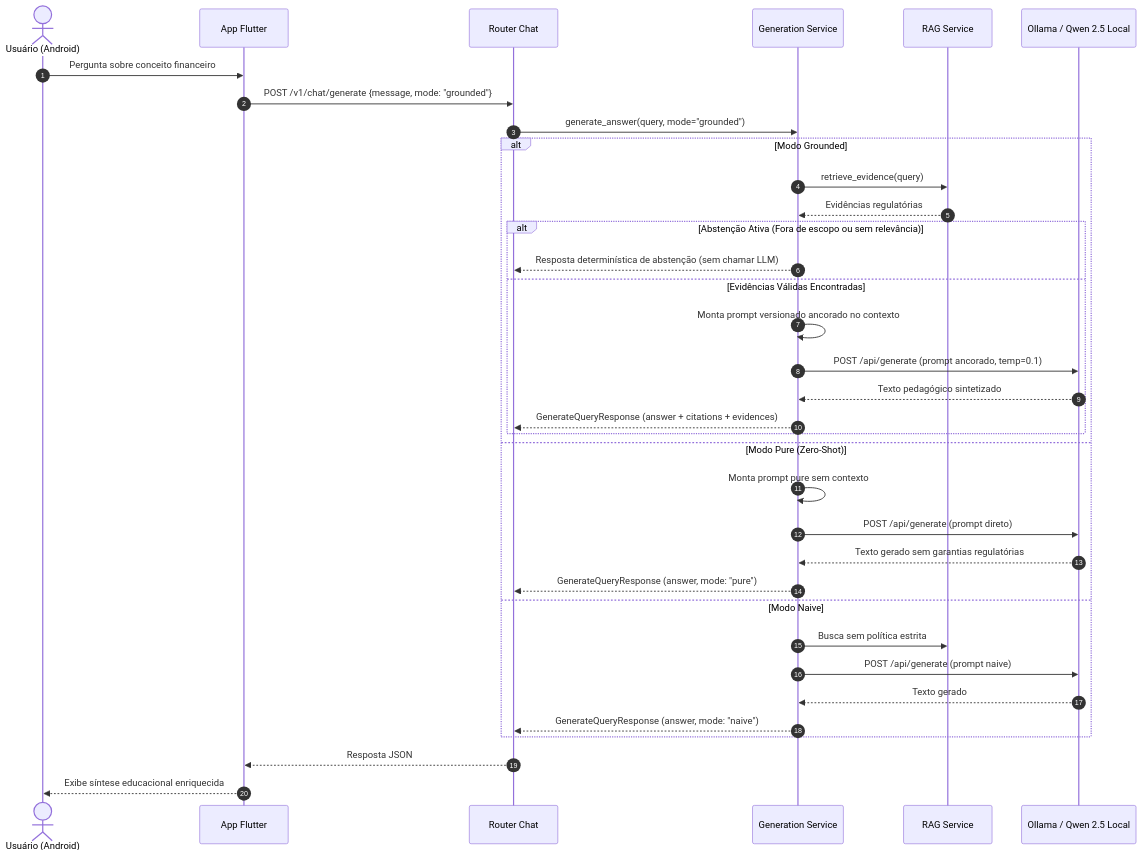
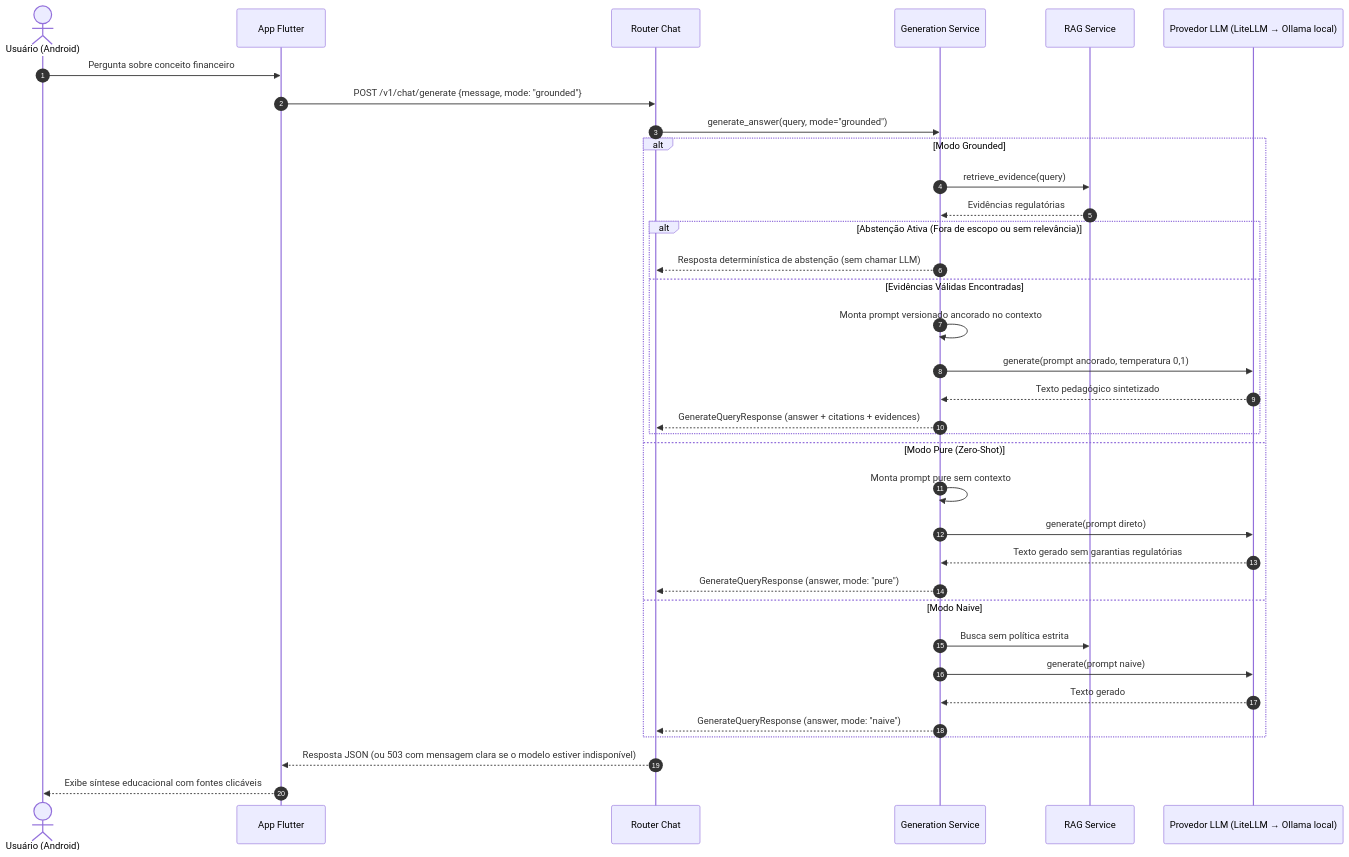
The fourth of 5 diagrams in docs/arquitetura/mapa-do-sistema.md (moonshinerd/trokim), drawn with Mermaid before and after one commit. The commit also changed other lines of this file and 10 other files, not shown here.

````diff
--- a/docs/arquitetura/mapa-do-sistema.md
+++ b/docs/arquitetura/mapa-do-sistema.md
@@ -140,40 +153,40 @@
 ```mermaid
 sequenceDiagram
     autonumber
     actor User as Usuário (Android)
     participant Mobile as App Flutter
     participant API as Router Chat
     participant Gen as Generation Service
     participant RAG as RAG Service
-    participant Ollama as Ollama / Qwen 2.5 Local
+    participant Ollama as Provedor LLM (LiteLLM → Ollama local)
 
     User->>Mobile: Pergunta sobre conceito financeiro
     Mobile->>API: POST /v1/chat/generate {message, mode: "grounded"}
     API->>Gen: generate_answer(query, mode="grounded")
     
     alt Modo Grounded
         Gen->>RAG: retrieve_evidence(query)
         RAG-->>Gen: Evidências regulatórias
         alt Abstenção Ativa (Fora de escopo ou sem relevância)
             Gen-->>API: Resposta determinística de abstenção (sem chamar LLM)
         else Evidências Válidas Encontradas
             Gen->>Gen: Monta prompt versionado ancorado no contexto
-            Gen->>Ollama: POST /api/generate (prompt ancorado, temp=0.1)
+            Gen->>Ollama: generate(prompt ancorado, temperatura 0,1)
             Ollama-->>Gen: Texto pedagógico sintetizado
             Gen-->>API: GenerateQueryResponse (answer + citations + evidences)
         end
     else Modo Pure (Zero-Shot)
         Gen->>Gen: Monta prompt pure sem contexto
-        Gen->>Ollama: POST /api/generate (prompt direto)
+        Gen->>Ollama: generate(prompt direto)
         Ollama-->>Gen: Texto gerado sem garantias regulatórias
         Gen-->>API: GenerateQueryResponse (answer, mode: "pure")
     else Modo Naive
         Gen->>RAG: Busca sem política estrita
-        Gen->>Ollama: POST /api/generate (prompt naive)
+        Gen->>Ollama: generate(prompt naive)
         Ollama-->>Gen: Texto gerado
         Gen-->>API: GenerateQueryResponse (answer, mode: "naive")
     end
     
-    API-->>Mobile: Resposta JSON
-    Mobile-->>User: Exibe síntese educacional enriquecida
+    API-->>Mobile: Resposta JSON (ou 503 com mensagem clara se o modelo estiver indisponível)
+    Mobile-->>User: Exibe síntese educacional com fontes clicáveis
 ```
````
